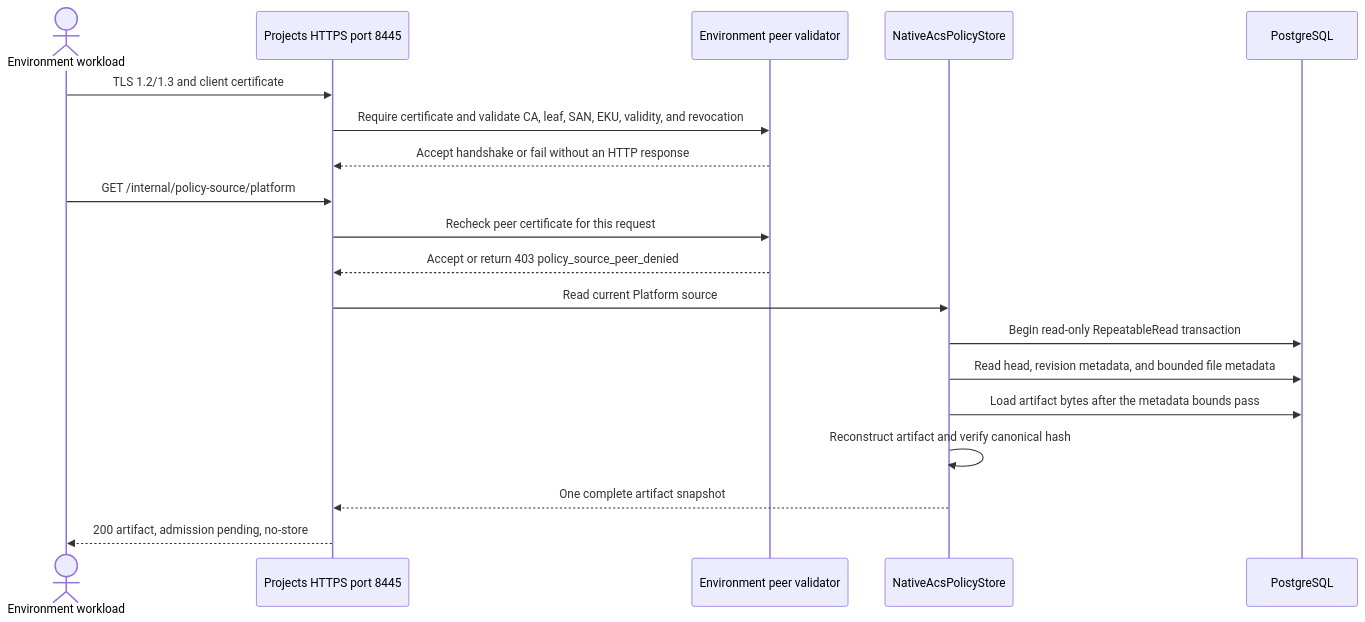
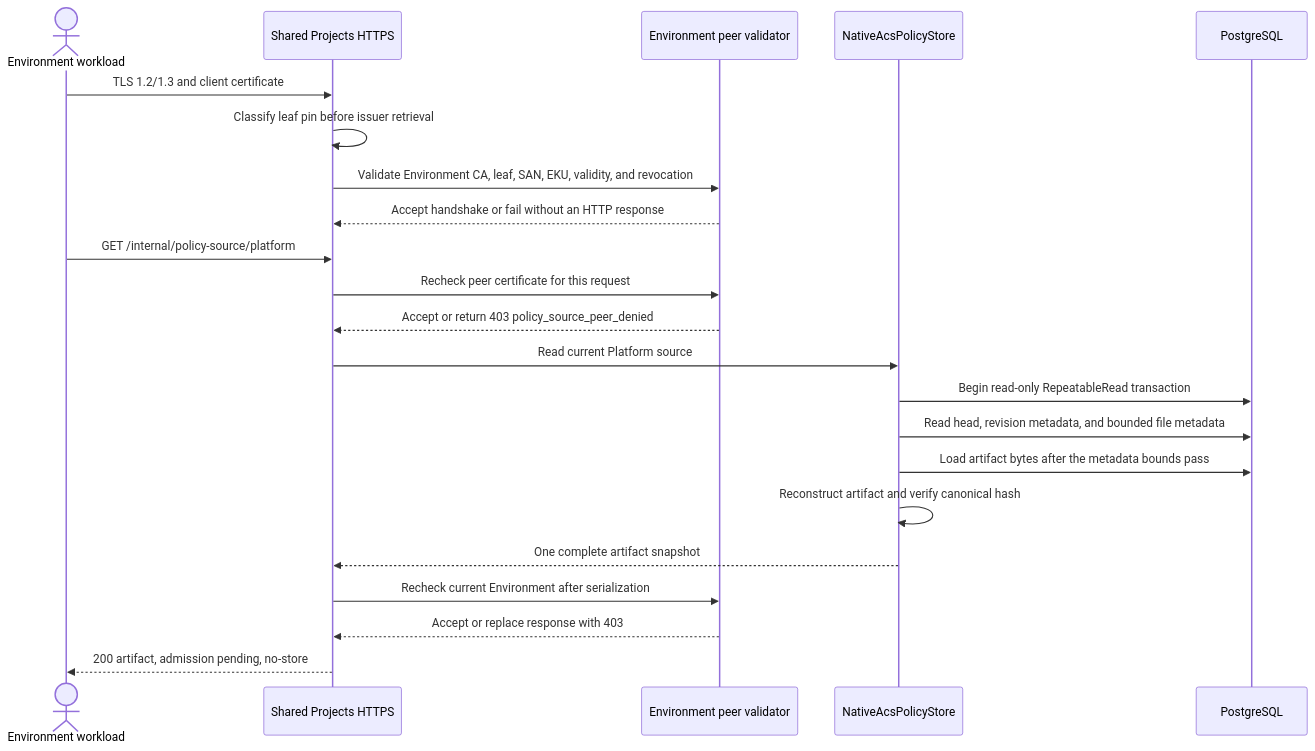
The fourth of 10 diagrams in docs/architecture/projects-config.md (sabbour/agentweaver), drawn with Mermaid before and after one commit. The commit also changed other lines of this file and 14 other files, not shown here.

First line of the commit message:
feat(projects): share HTTPS for Environment policy source

````diff
--- a/docs/architecture/projects-config.md
+++ b/docs/architecture/projects-config.md
@@ -251,21 +252,24 @@
 ```mermaid
 sequenceDiagram
     actor E as Environment workload
-    participant K as Projects HTTPS port 8445
+    participant K as Shared Projects HTTPS
     participant T as Environment peer validator
     participant S as NativeAcsPolicyStore
     participant D as PostgreSQL
     E->>K: TLS 1.2/1.3 and client certificate
-    K->>T: Require certificate and validate CA, leaf, SAN, EKU, validity, and revocation
+    K->>K: Classify leaf pin before issuer retrieval
+    K->>T: Validate Environment CA, leaf, SAN, EKU, validity, and revocation
     T-->>K: Accept handshake or fail without an HTTP response
     E->>K: GET /internal/policy-source/platform
     K->>T: Recheck peer certificate for this request
     T-->>K: Accept or return 403 policy_source_peer_denied
     K->>S: Read current Platform source
     S->>D: Begin read-only RepeatableRead transaction
     S->>D: Read head, revision metadata, and bounded file metadata
     S->>D: Load artifact bytes after the metadata bounds pass
     S->>S: Reconstruct artifact and verify canonical hash
     S-->>K: One complete artifact snapshot
+    K->>T: Recheck current Environment after serialization
+    T-->>K: Accept or replace response with 403
     K-->>E: 200 artifact, admission pending, no-store
 ```
````
